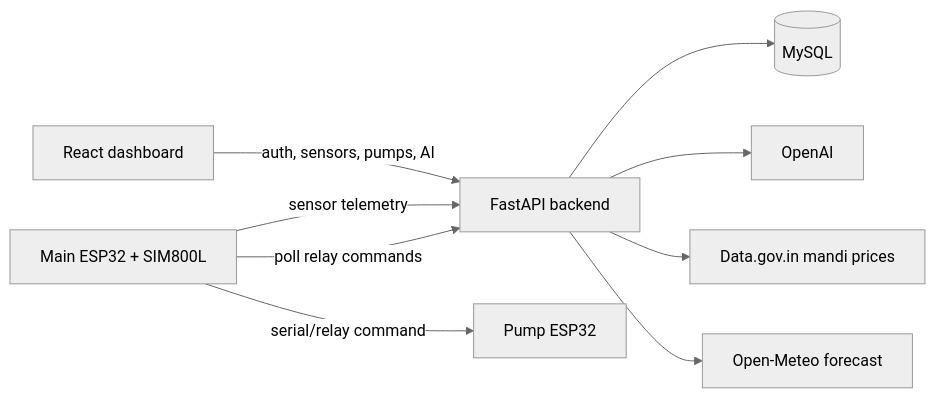
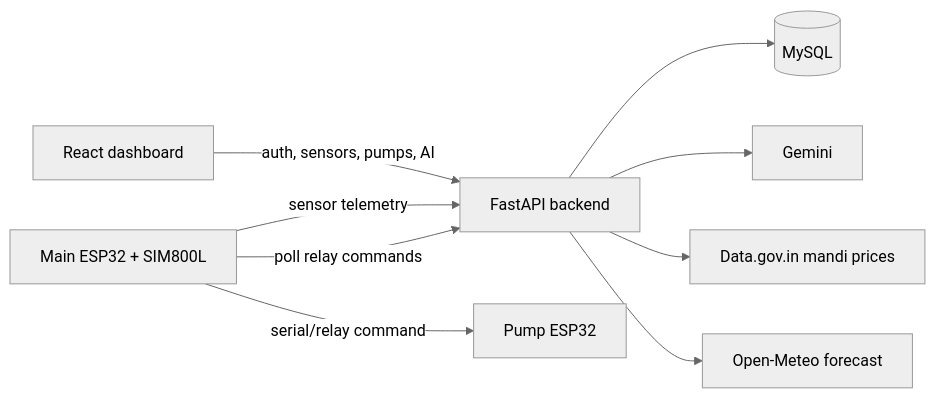
The diagram in README.md (Adityagedam/cropconnect-final), drawn with Mermaid (neutral theme) before and after one commit. The commit also changed other lines of this file and 7 other files, not shown here.

````diff
--- a/README.md
+++ b/README.md
@@ -7,11 +7,11 @@
 ```mermaid
 flowchart LR
   ESP32[Main ESP32 + SIM800L] -->|sensor telemetry| API[FastAPI backend]
   API --> MySQL[(MySQL)]
   Web[React dashboard] -->|auth, sensors, pumps, AI| API
-  API --> OpenAI[OpenAI]
+  API --> Gemini[Gemini]
   API --> DataGov[Data.gov.in mandi prices]
   API --> Meteo[Open-Meteo forecast]
   ESP32 -->|poll relay commands| API
   ESP32 -->|serial/relay command| PumpESP[Pump ESP32]
 ```
````
